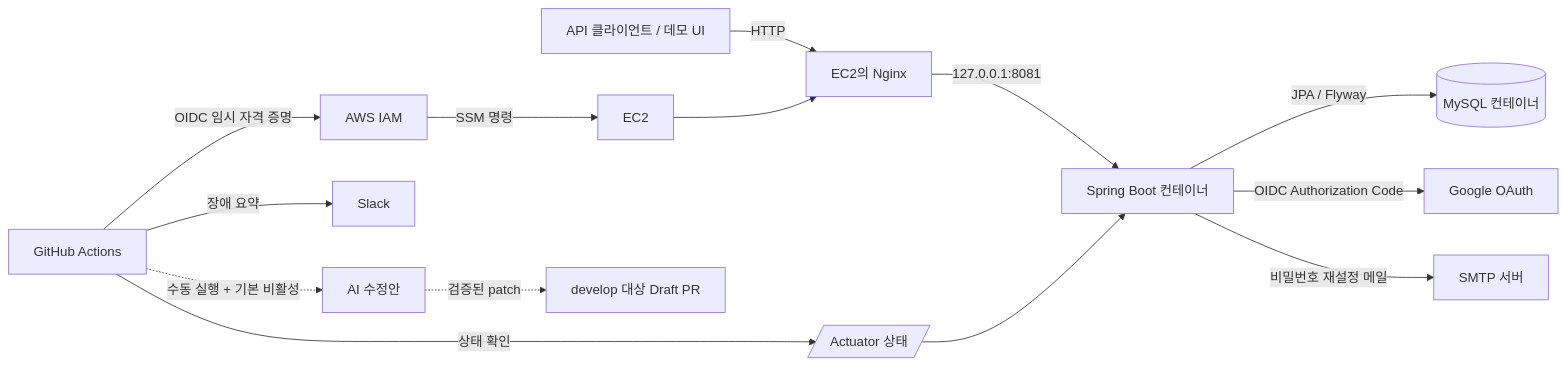
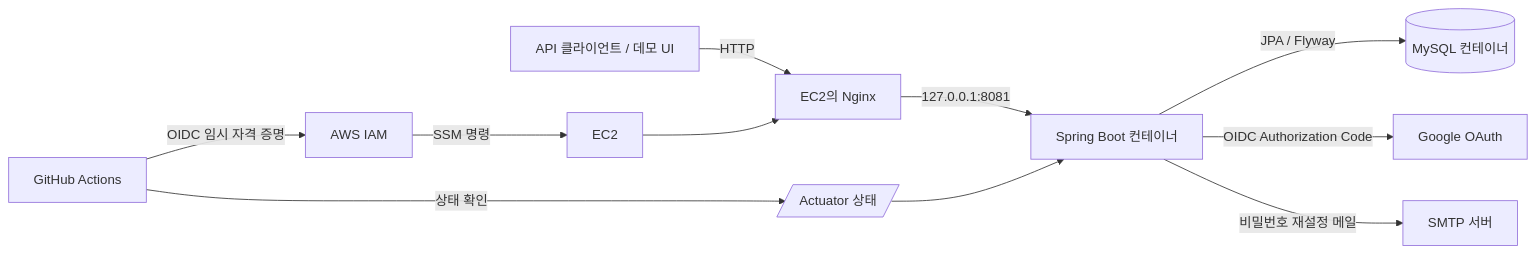
Before and after one commit to jong9s/renewmate-backend: the first of 6 diagrams in README.md, drawn with Mermaid. The commit also changed other lines of this file and 44 other files, not shown here.

````diff
--- a/README.md
+++ b/README.md
@@ -36,17 +35,14 @@
 ```mermaid
 flowchart LR
     U[API 클라이언트 / 데모 UI] -->|HTTP| N[EC2의 Nginx]
     N -->|127.0.0.1:8081| A[Spring Boot 컨테이너]
     A -->|JPA / Flyway| D[(MySQL 컨테이너)]
     A -->|OIDC Authorization Code| G[Google OAuth]
     A -->|비밀번호 재설정 메일| M[SMTP 서버]
 
     GH[GitHub Actions] -->|OIDC 임시 자격 증명| AWS[AWS IAM]
     AWS -->|SSM 명령| E[EC2]
     E --> N
     GH -->|상태 확인| H[/Actuator 상태/]
     H --> A
-    GH -->|장애 요약| S[Slack]
-    GH -. 수동 실행 + 기본 비활성 .-> AI[AI 수정안]
-    AI -. 검증된 patch .-> PR[develop 대상 Draft PR]
 ```
````
